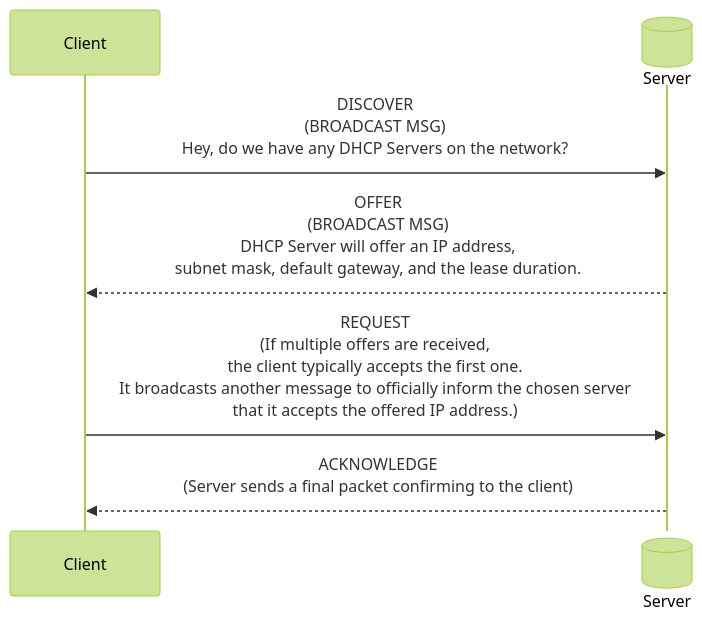
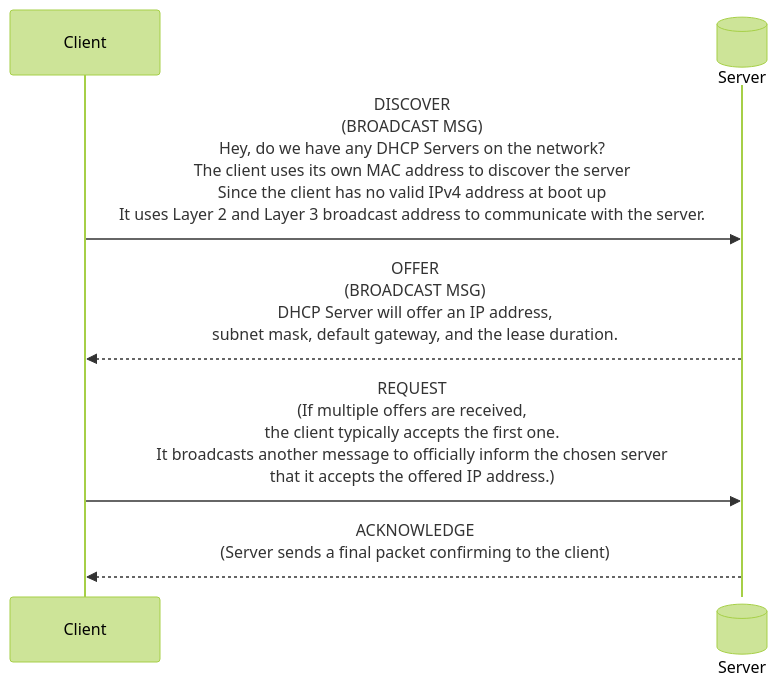
One commit to jalar71/jalar71.github.io changed the second of 2 diagrams in _posts/2026-11-21-DHCP.md. Above: the diagram before and after it, drawn with Mermaid (forest theme).

Commit message:
Enhance DHCP DISCOVER message details
Expanded the DISCOVER message explanation in the sequence diagram to include details about the client's MAC address and communication method.

````diff
--- a/_posts/2026-11-21-DHCP.md
+++ b/_posts/2026-11-21-DHCP.md
@@ -51,10 +51,10 @@
 ```mermaid
 
 sequenceDiagram
 participant Client
 participant Server@{ "type" : "database" }
-    Client ->> Server : DISCOVER <br> (BROADCAST MSG) <br>Hey, do we have any DHCP Servers on the network?
+    Client ->> Server : DISCOVER <br> (BROADCAST MSG) <br>Hey, do we have any DHCP Servers on the network? <br> The client uses its own MAC address to discover the server <br> Since the client has no valid IPv4 address at boot up <br> It uses Layer 2 and Layer 3 broadcast address to communicate with the server.
     Server -->> Client : OFFER <br>(BROADCAST MSG)<br> DHCP Server will offer an IP address, <br> subnet mask,  default gateway, and the lease duration. 
     Client ->> Server : REQUEST <br>(If multiple offers are received, <br> the client typically accepts the first one. <br>  It broadcasts another message to officially inform the chosen server <br> that it accepts the offered IP address.)
     Server -->> Client : ACKNOWLEDGE <br> (Server sends a final packet confirming to the client)
 ```
````
